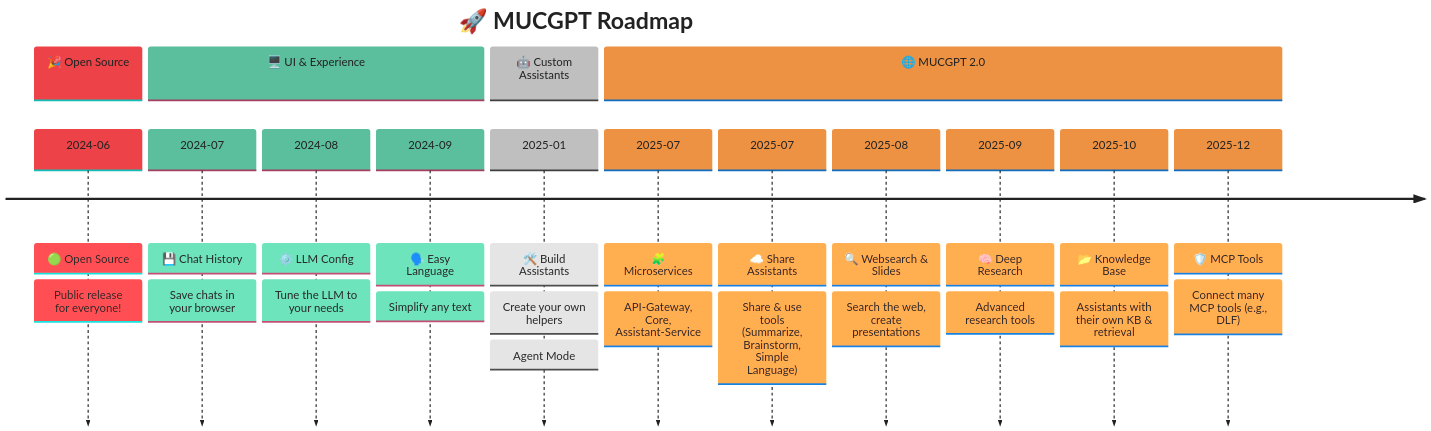
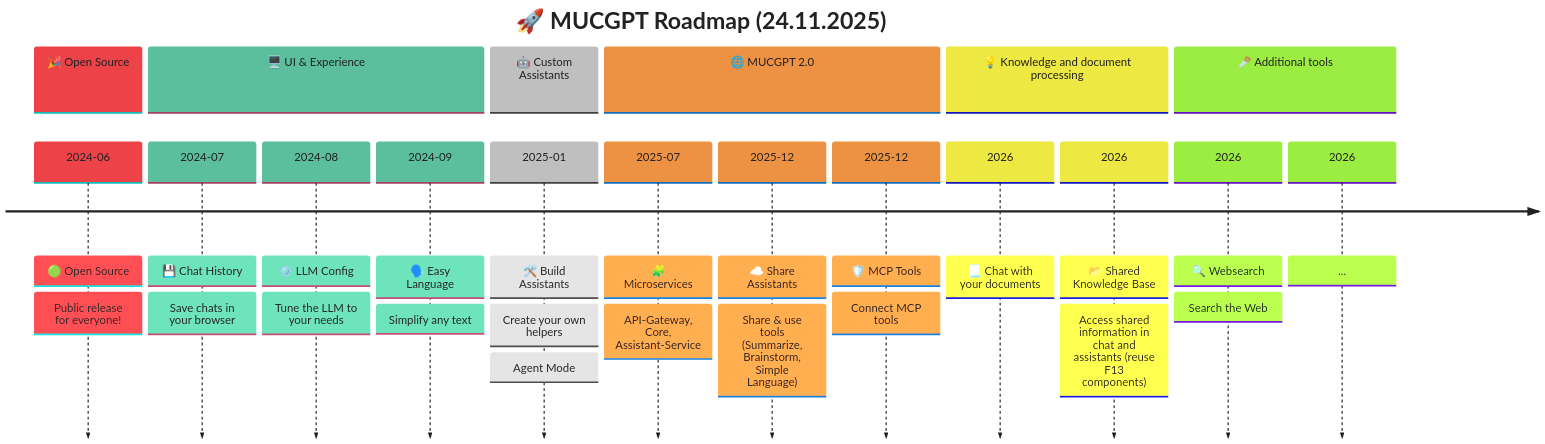
Before and after one commit to it-at-m/mucgpt: the diagram in README.md, drawn with Mermaid.

Commit message:
🚎 roadmap update

````diff
--- a/README.md
+++ b/README.md
@@ -202,39 +202,44 @@
 ```mermaid
 %%{init:
 {
   "theme": "base",
   "themeVariables": {
       "primaryColor": "#F8B6B8",
       "primaryTextColor": "#222222",
       "primaryBorderColor": "#F6A6A6",
       "lineColor": "#FFE5B4",
       "secondaryColor": "#B6E2D3",
       "tertiaryColor": "#FFFFFF",
       "background": "#FFF8F0",
       "fontSize": "20px",
       "fontFamily": "Inter, Segoe UI, Trebuchet MS, Verdana, Arial, sans-serif"
   }
 }
 }%%
 timeline
-  title 🚀 MUCGPT Roadmap
+  title 🚀 MUCGPT Roadmap (24.11.2025)
 
   section 🎉 Open Source
     2024-06 : 🟢 Open Source : Public release for everyone!
 
   section 🖥️ UI & Experience
     2024-07 : 💾 Chat History : Save chats in your browser
     2024-08 : ⚙️ LLM Config : Tune the LLM to your needs
     2024-09 : 🗣️ Easy Language : Simplify any text
 
   section 🤖 Custom Assistants
     2025-01 : 🛠️ Build Assistants : Create your own helpers
 
   section 🌐 MUCGPT 2.0: Agent Mode
     2025-07 : 🧩 Microservices : API-Gateway, Core, Assistant-Service
-    2025-07 : ☁️ Share Assistants : Share & use tools (Summarize, Brainstorm, Simple Language)
-    2025-08 : 🔍 Websearch & Slides : Search the web, create presentations
-    2025-09 : 🧠 Deep Research : Advanced research tools
-    2025-10 : 📂 Knowledge Base : Assistants with their own KB & retrieval
-    2025-12 : 🛡️ MCP Tools : Connect many MCP tools (e.g., DLF)
+    2025-12 : ☁️ Share Assistants : Share & use tools (Summarize, Brainstorm, Simple Language)
+    2025-12 : 🛡️ MCP Tools : Connect MCP tools
+
+  section 💡 Knowledge and document processing
+    2026: 📃 Chat with your documents
+    2026: 📂 Shared Knowledge Base: Access shared information in chat and assistants (reuse F13 components)
+
+  section 🪚 Additional tools
+    2026: 🔍 Websearch: Search the Web
+    2026: ...
 ```
````
